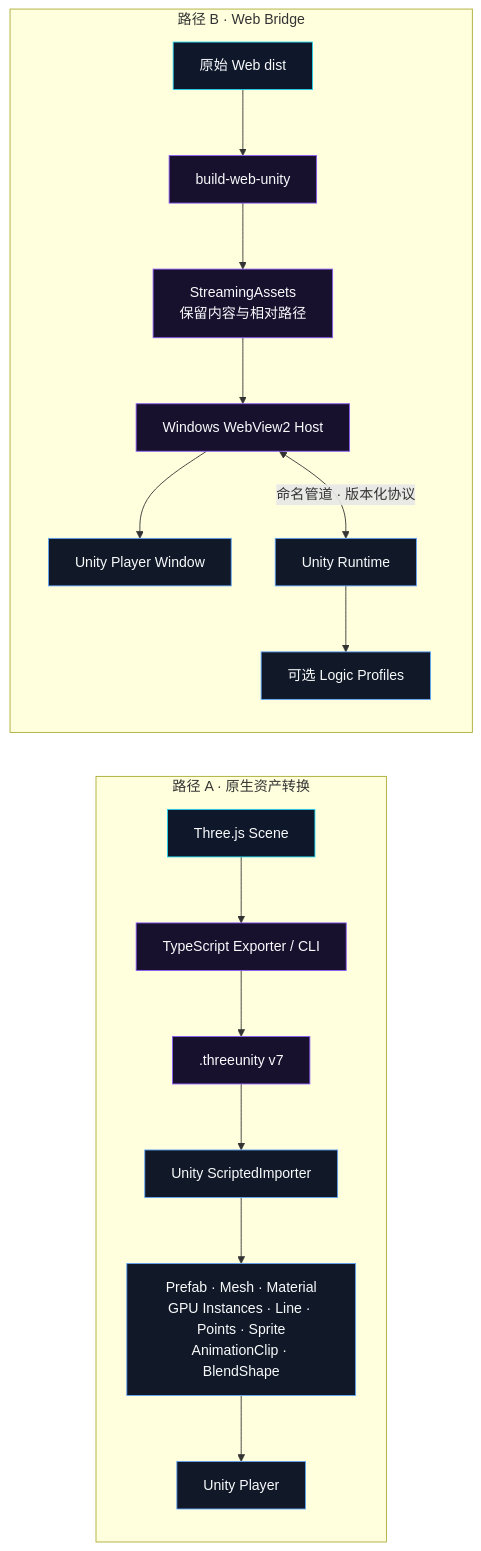
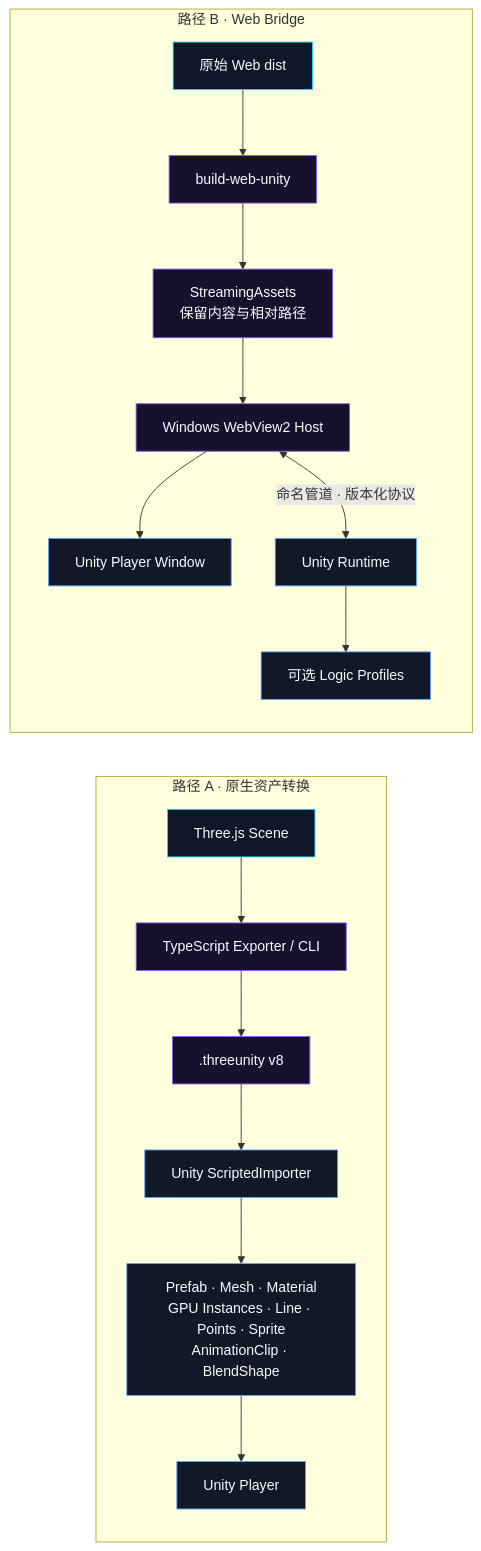
One commit to mohui666/three-unity-bridge changed the diagram in README.md. Above: the diagram before and after it, drawn with Mermaid. The commit also changed other lines of this file and 18 other files, not shown here.

````diff
--- a/README.md
+++ b/README.md
@@ -57,26 +57,26 @@
 ```mermaid
 flowchart LR
   subgraph Asset["路径 A · 原生资产转换"]
     Scene["Three.js Scene"] --> Exporter["TypeScript Exporter / CLI"]
-    Exporter --> Document[".threeunity v7"]
+    Exporter --> Document[".threeunity v8"]
     Document --> Importer["Unity ScriptedImporter"]
     Importer --> Assets["Prefab · Mesh · Material<br/>GPU Instances · Line · Points · Sprite<br/>AnimationClip · BlendShape"]
     Assets --> NativePlayer["Unity Player"]
   end
 
   subgraph Web["路径 B · Web Bridge"]
     Dist["原始 Web dist"] --> Pack["build-web-unity"]
     Pack --> Streaming["StreamingAssets<br/>保留内容与相对路径"]
     Streaming --> Host["Windows WebView2 Host"]
     Host --> WebPlayer["Unity Player Window"]
     Host <-->|"命名管道 · 版本化协议"| Runtime["Unity Runtime"]
     Runtime --> Profiles["可选 Logic Profiles"]
   end
 
   classDef source fill:#0f172a,stroke:#22d3ee,color:#f8fafc;
   classDef bridge fill:#18112e,stroke:#8b5cf6,color:#f8fafc;
   classDef unity fill:#111827,stroke:#60a5fa,color:#f8fafc;
   class Scene,Dist source;
   class Exporter,Document,Pack,Streaming,Host bridge;
   class Importer,Assets,NativePlayer,WebPlayer,Runtime,Profiles unity;
 ```
````
